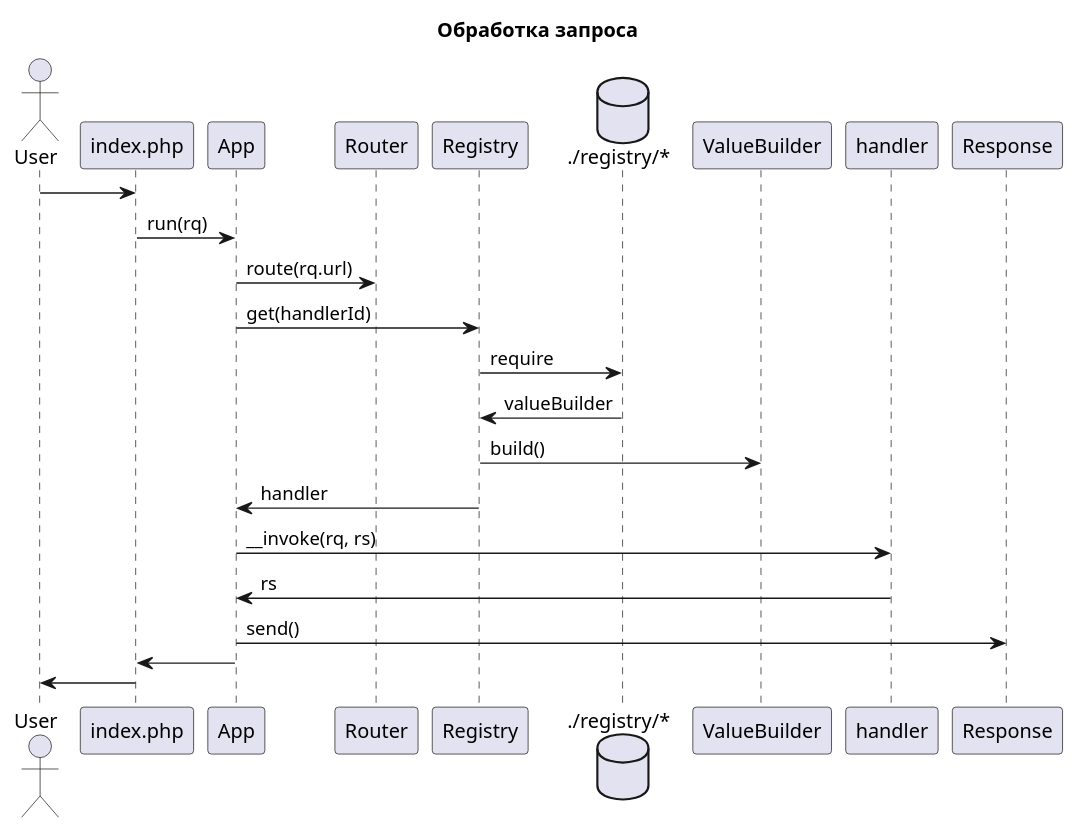
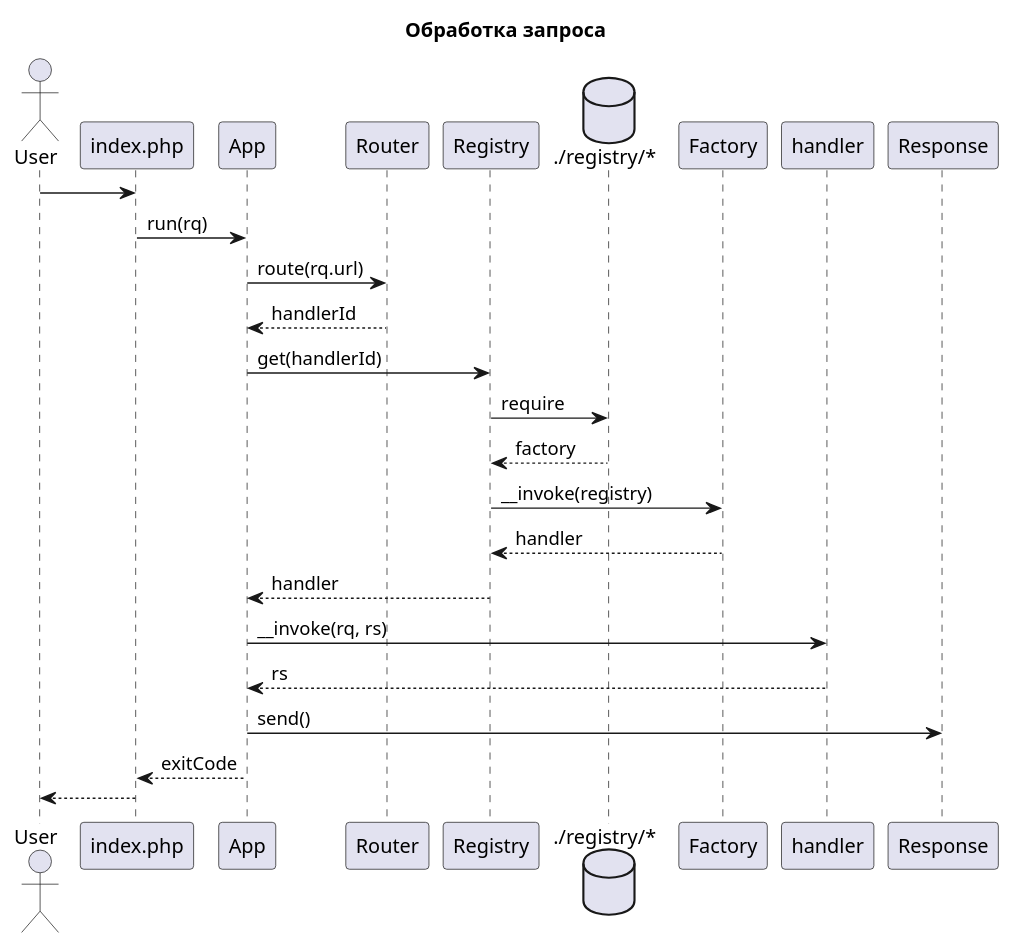
Before and after one commit to EgorBanin/bonk: the diagram in docs/arch.md, drawn with PlantUML. The commit also changed other lines of this file and 40 other files, not shown here.

````diff
--- a/docs/arch.md
+++ b/docs/arch.md
@@ -7,26 +7,28 @@
 ```plantuml
 @startuml
 
 title Обработка запроса
 
 actor User
 
 User -> index.php
 index.php -> App : run(rq)
 App -> Router : route(rq.url)
+Router --> App: handlerId
 App -> Registry : get(handlerId)
 
 database "./registry/*" as fs
 
 Registry -> fs : require
-fs -> Registry : valueBuilder
-Registry -> ValueBuilder : build()
-Registry -> App : handler
+fs --> Registry : factory
+Registry -> Factory : __invoke(registry)
+Factory --> Registry: handler
+Registry --> App : handler
 App -> handler : __invoke(rq, rs)
-handler -> App : rs
+handler --> App : rs
 App -> Response : send()
-App -> index.php
-index.php -> User
+App --> index.php: exitCode
+index.php --> User
 
 @enduml
 ```
````
